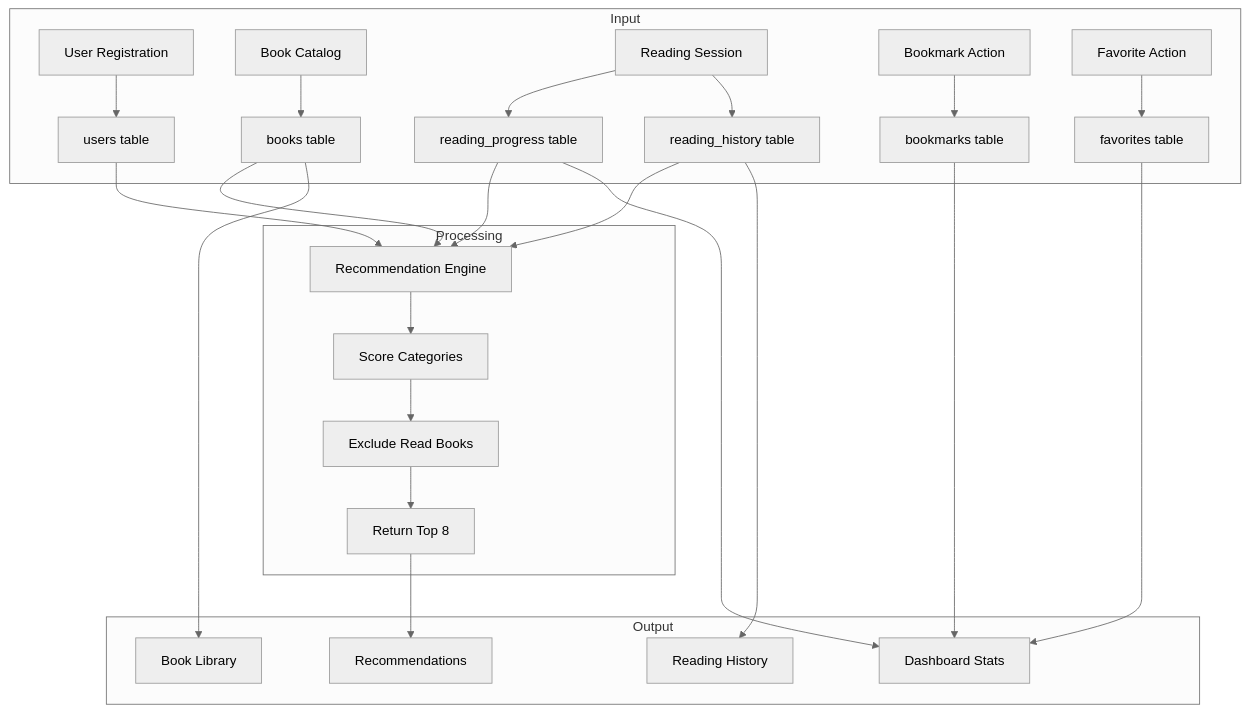
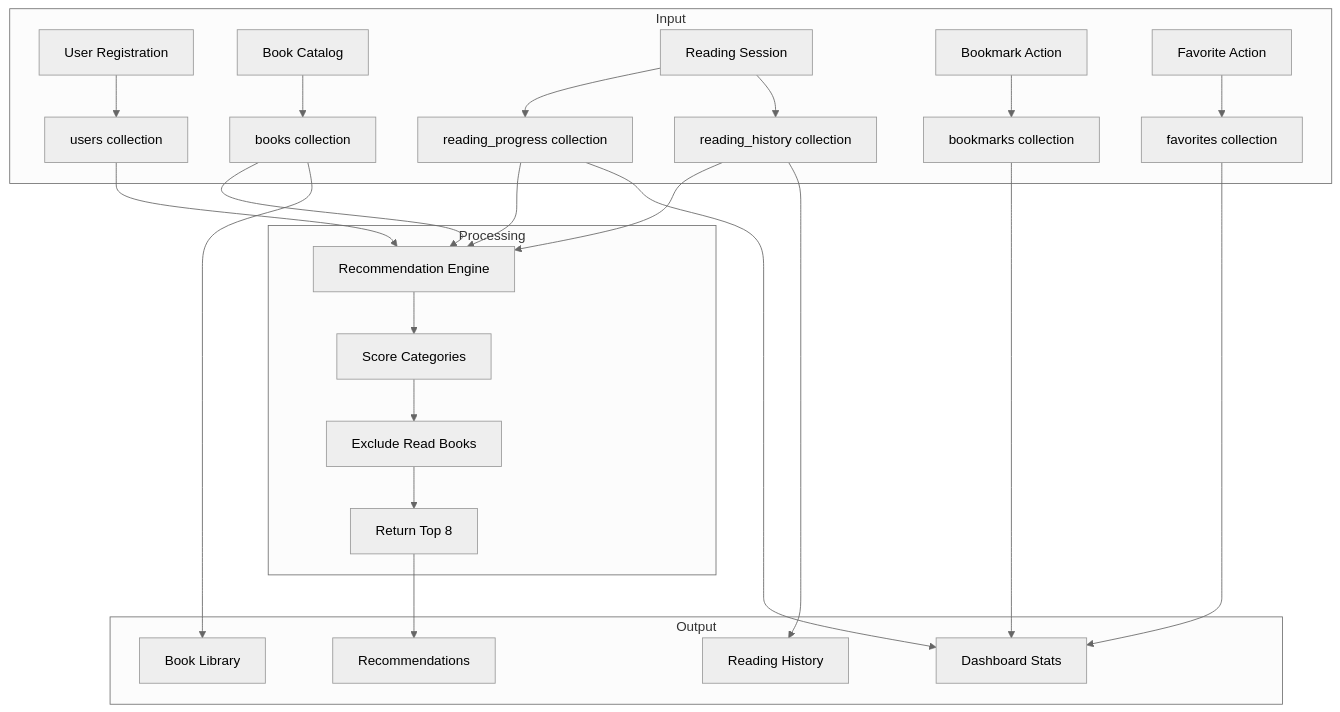
One commit to adhisworsharma-oss/learnnova changed the second of 2 diagrams in docs/er-diagram.md. Above: the diagram before and after it, drawn with Mermaid (neutral theme). The commit also changed other lines of this file and 27 other files, not shown here.

````diff
--- a/docs/er-diagram.md
+++ b/docs/er-diagram.md
@@ -309,35 +280,35 @@
 ```mermaid
 flowchart TD
     subgraph Input
-        A[User Registration] --> B[users table]
-        C[Book Catalog] --> D[books table]
-        E[Reading Session] --> F[reading_progress table]
-        E --> G[reading_history table]
-        H[Bookmark Action] --> I[bookmarks table]
-        J[Favorite Action] --> K[favorites table]
+        A[User Registration] --> B[users collection]
+        C[Book Catalog] --> D[books collection]
+        E[Reading Session] --> F[reading_progress collection]
+        E --> G[reading_history collection]
+        H[Bookmark Action] --> I[bookmarks collection]
+        J[Favorite Action] --> K[favorites collection]
     end
 
     subgraph Processing
         L[Recommendation Engine] --> M[Score Categories]
         M --> N[Exclude Read Books]
         N --> O[Return Top 8]
     end
 
     subgraph Output
         P[Dashboard Stats]
         Q[Reading History]
         R[Recommendations]
         S[Book Library]
     end
 
     B --> L
     D --> L
     F --> L
     G --> L
     I --> P
     K --> P
     F --> P
     G --> Q
     O --> R
     D --> S
 ```
````
